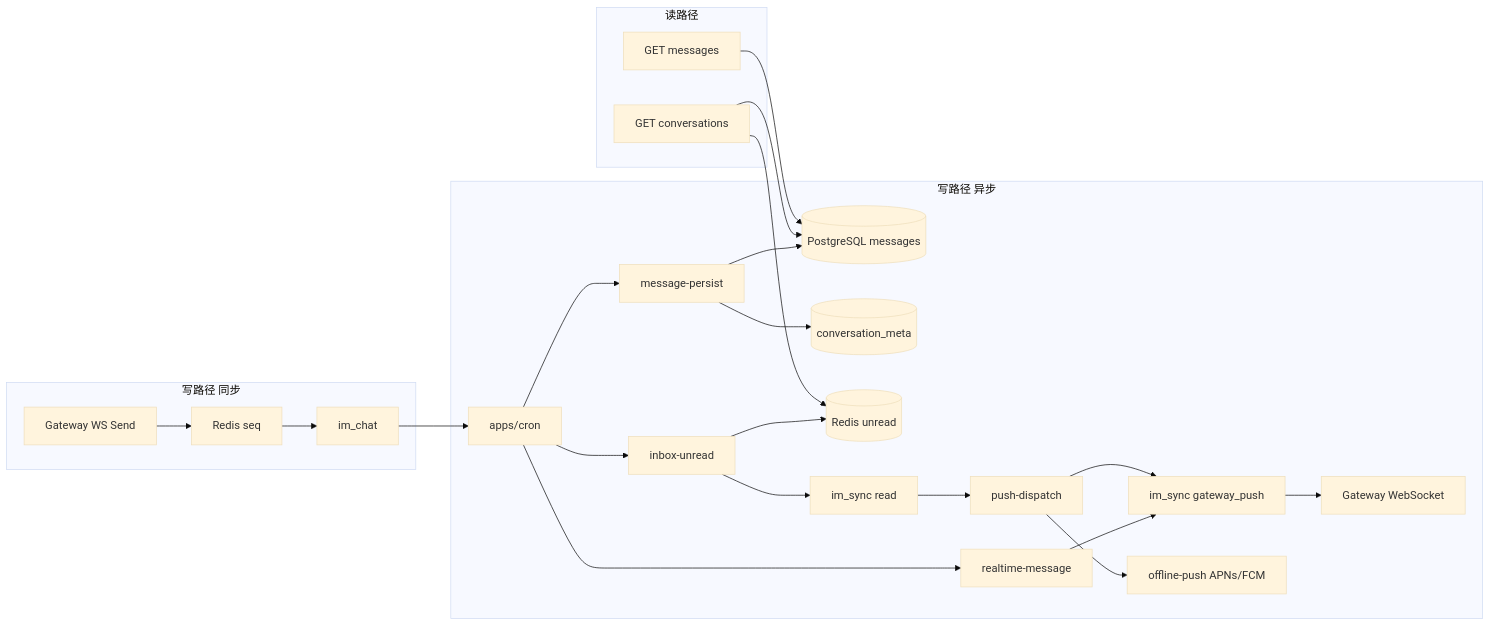
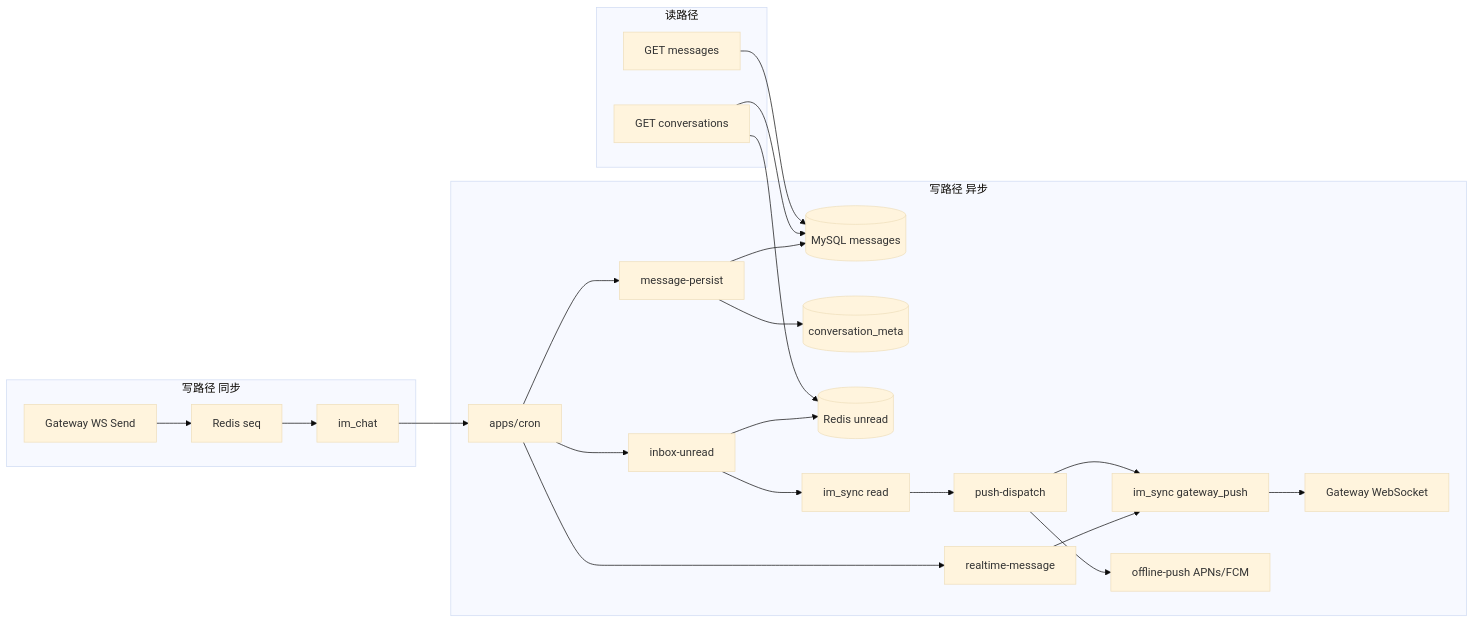
The fifth of 6 diagrams in README.md (AlbertChenshiqi/im), drawn with Mermaid (base theme) before and after one commit. The commit also changed other lines of this file and 147 other files, not shown here.

````diff
--- a/README.md
+++ b/README.md
@@ -213,29 +216,29 @@
 ```mermaid
 flowchart LR
   subgraph write [写路径 同步]
     A1[Gateway WS Send] --> A2[Redis seq]
     A2 --> A3[im_chat]
   end
 
   subgraph async [写路径 异步]
     A3 --> B0[apps/cron]
     B0 --> B1[message-persist]
     B0 --> B2[inbox-unread]
     B0 --> B2b[realtime-message]
-    B1 --> PG[(PostgreSQL messages)]
-    B1 --> PG2[(conversation_meta)]
+    B1 --> MySQL[(MySQL messages)]
+    B1 --> MySQL2[(conversation_meta)]
     B2 --> R[(Redis unread)]
     B2 --> C1[im_sync read]
     B2b --> Cgw[im_sync gateway_push]
     C1 --> B3[push-dispatch]
     B3 --> Cgw
     Cgw --> GW[Gateway WebSocket]
     B3 --> B4[offline-push APNs/FCM]
   end
 
   subgraph read [读路径]
-    E1[GET conversations] --> PG
+    E1[GET conversations] --> MySQL
     E1 --> R
-    E2[GET messages] --> PG
+    E2[GET messages] --> MySQL
   end
 ```
````
